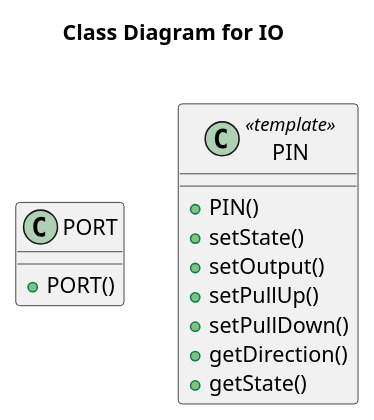
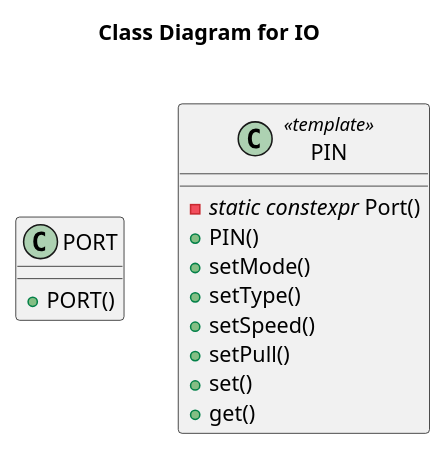
Before and after one commit to SebastianOberschwendtner/OTOS: the diagram in doc/UML/CLD_IO.puml, drawn with PlantUML. The commit also changed 5 other files, not shown here.

```diff
--- a/doc/UML/CLD_IO.puml
+++ b/doc/UML/CLD_IO.puml
@@ -1,24 +1,25 @@
 @startuml CLD_IO
 title Class Diagram for **IO** \n
 
 class PORT {
     'Properties
 
     'Methods
     + PORT()
 }
 
 class PIN <<template>> {
     'Properties
 
     'Methods
+    - //static constexpr// Port()
     + PIN()
-    + setState()
-    + setOutput()
-    + setPullUp()
-    + setPullDown()
-    + getDirection()
-    + getState()
+    + setMode()
+    + setType()
+    + setSpeed()
+    + setPull()
+    + set()
+    + get()
 }
 
 @enduml
```
